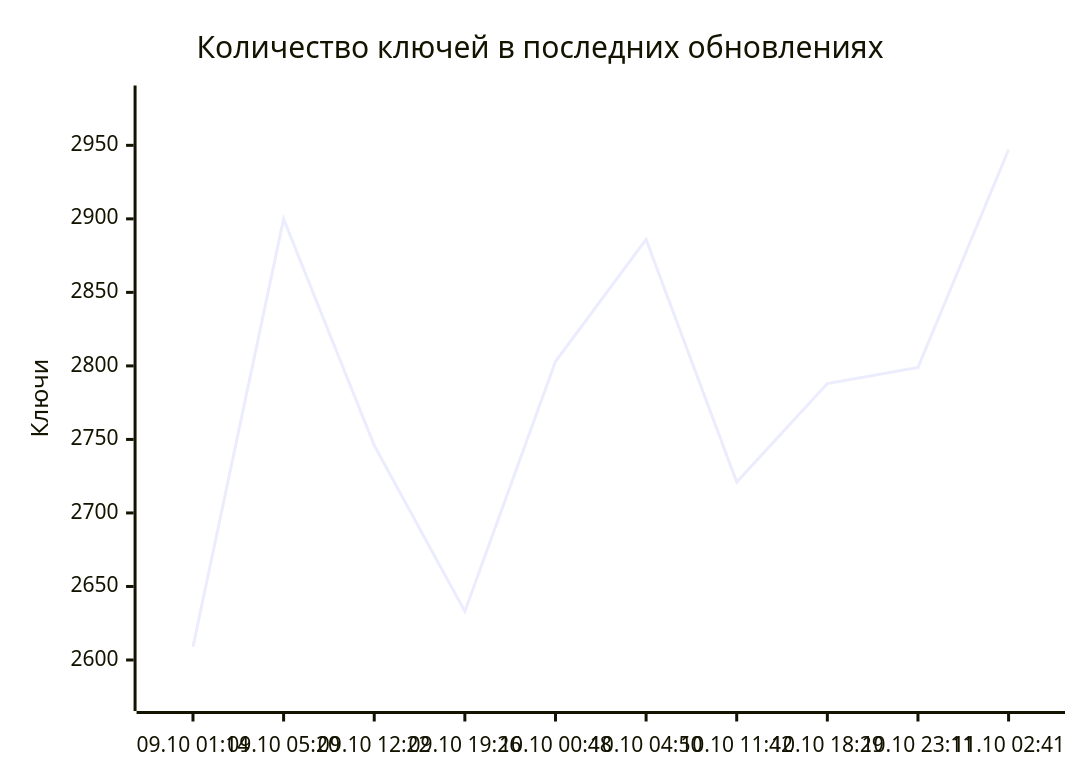
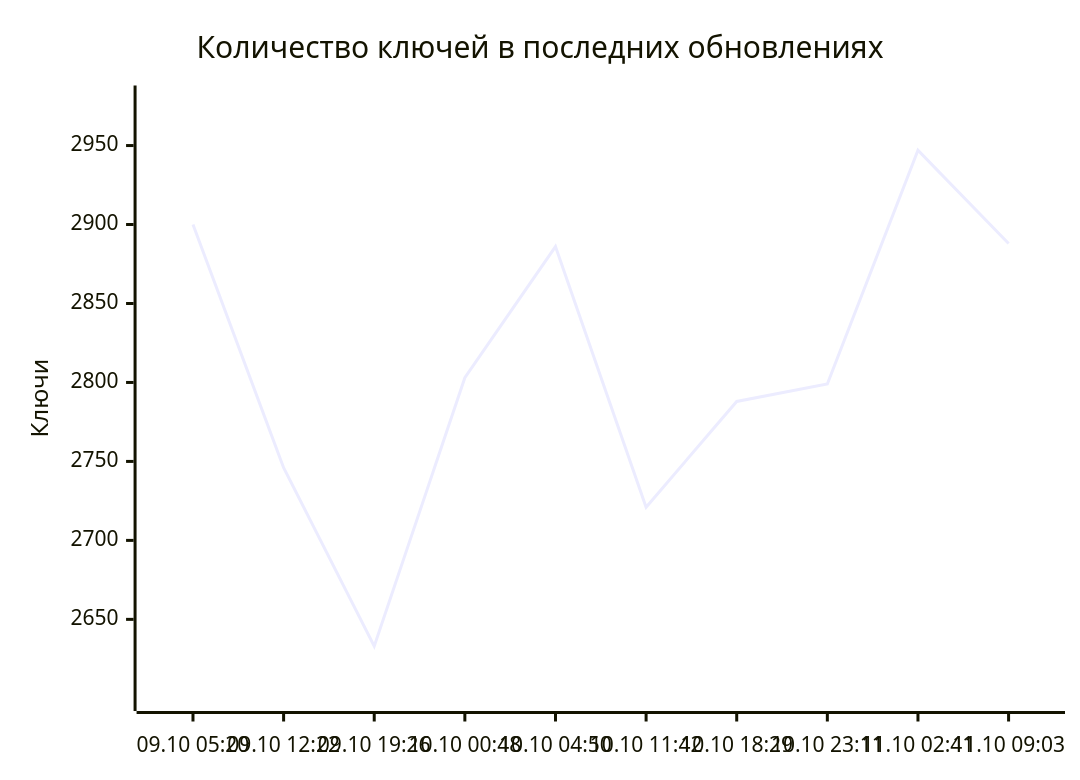
Before and after one commit to markKikhtenko/WireVeil: the diagram in README.md, drawn with Mermaid. The commit also changed other lines of this file and 12 other files, not shown here.

````diff
--- a/README.md
+++ b/README.md
@@ -55,7 +55,7 @@
 ```mermaid
 xychart-beta
     title "Количество ключей в последних обновлениях"
-    x-axis ["09.10 01:14", "09.10 05:20", "09.10 12:22", "09.10 19:26", "10.10 00:48", "10.10 04:50", "10.10 11:42", "10.10 18:29", "10.10 23:11", "11.10 02:41"]
-    y-axis "Ключи" 2575 --> 2981
-    line [2609, 2900, 2746, 2633, 2803, 2886, 2721, 2788, 2799, 2947]
+    x-axis ["09.10 05:20", "09.10 12:22", "09.10 19:26", "10.10 00:48", "10.10 04:50", "10.10 11:42", "10.10 18:29", "10.10 23:11", "11.10 02:41", "11.10 09:03"]
+    y-axis "Ключи" 2601 --> 2979
+    line [2900, 2746, 2633, 2803, 2886, 2721, 2788, 2799, 2947, 2888]
 ```
````
